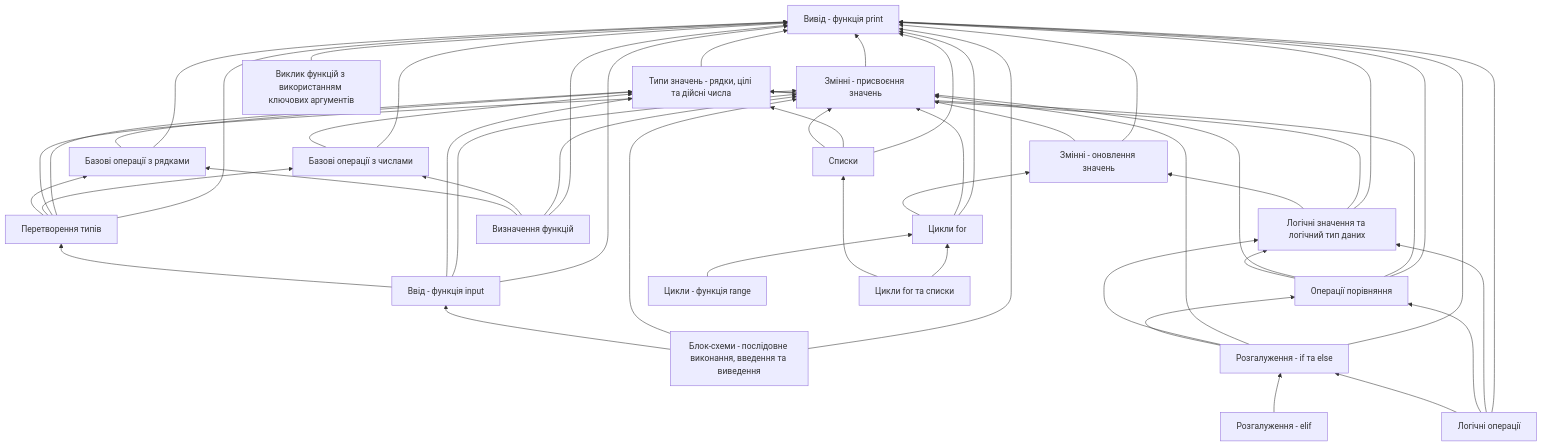
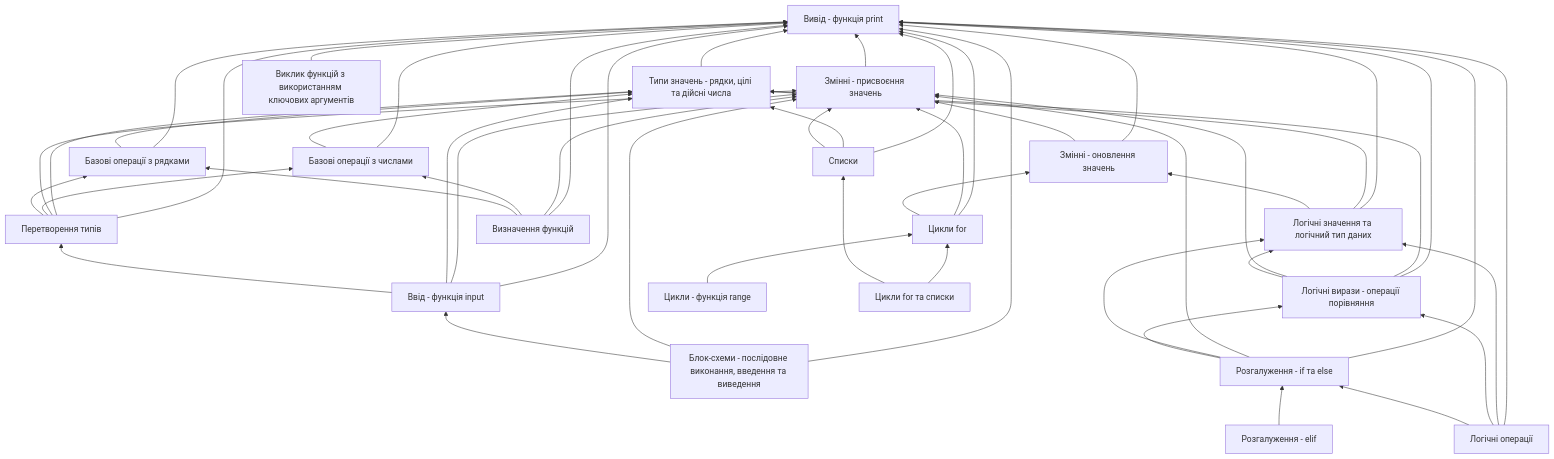
The diagram in Залежності.md (EugeneLoy/nauklit-python-8), drawn with Mermaid before and after one commit. The commit also changed 6 other files, not shown here.

````diff
--- a/Залежності.md
+++ b/Залежності.md
@@ -5,74 +5,74 @@
 ```mermaid
 graph BT
     A["Вивід - функція print"] 
     B["Типи значень - рядки, цілі та дійсні числа"]
     C["Змінні - присвоєння значень"]
     D["Змінні - оновлення значень"]
     E["Базові операції з числами"]
     F["Базові операції з рядками"]
     G["Перетворення типів"]
     H["Ввід - функція input"]
     I["Блок-схеми - послідовне виконання, введення та виведення"]
     J["Логічні значення та логічний тип даних"]
-    K["Операції порівняння"]
+    K["Логічні вирази - операції порівняння"]
     L["Логічні операції"]
     M["Розгалуження - if та else"]
     M2["Розгалуження - elif"]
     Q["Цикли for"]
     S["Цикли - функція range"]
     R["Цикли for та списки"]
     N["Виклик функцій з використанням ключових аргументів"]
     O["Визначення функцій"]
     P["Списки"]
 
     B --> A
     C --> A
     D --> A
     D --> C
     E --> A
     E --> B
     F --> A
     F --> B
     G --> A
     G --> B
     G --> C
     G --> E
     G --> F
     H --> A
     H --> C
     H --> B
     H --> G
     I --> A
     I --> C
     I --> H
     J --> A
     J --> B
     J --> D
     K --> A
     K --> B
     K --> C
     K --> J
     L --> A
     L --> J
     L --> K
     L --> M
     M2 --> M
     M --> A
     M --> C
     M --> J
     M --> K
     Q --> A
     Q --> C
     Q --> D
     N --> A
     O --> A
     O --> C
     O --> E
     O --> F
     P --> A
     P --> B
     P --> C
     S --> Q
     R --> Q
     R --> P
 ```
````
